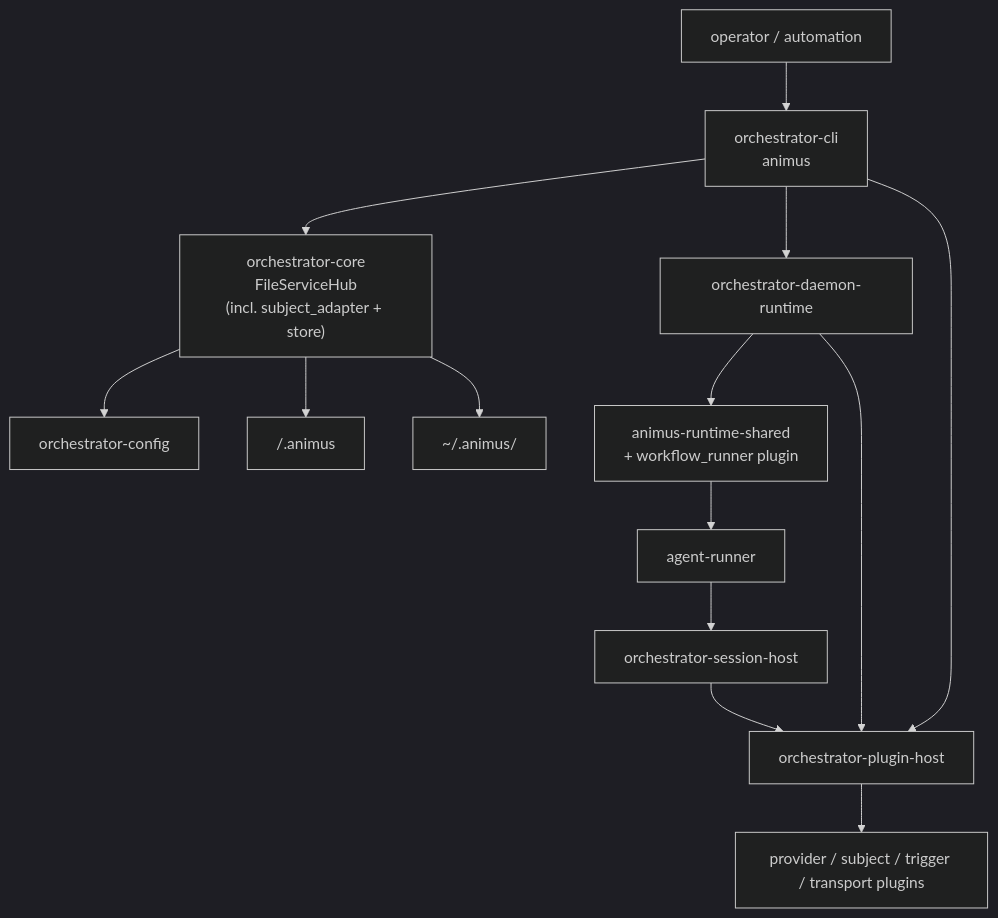
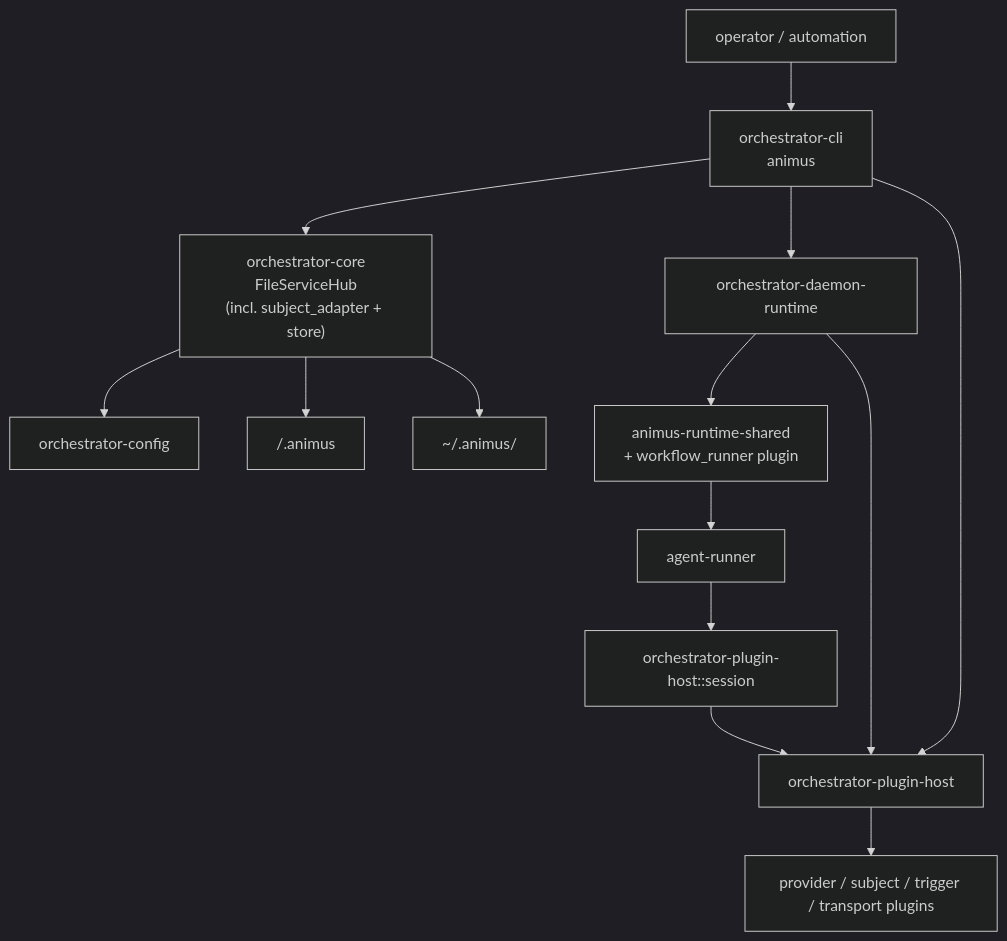
The diagram in docs/architecture/runtime-architecture.md (launchapp-dev/animus-cli), drawn with Mermaid (dark theme) before and after one commit. The commit also changed other lines of this file and 7 other files, not shown here.

Commit message:
docs: sync architecture references

````diff
--- a/docs/architecture/runtime-architecture.md
+++ b/docs/architecture/runtime-architecture.md
@@ -31,29 +31,29 @@
 ```mermaid
 flowchart TB
     OP["operator / automation"]
     CLI["orchestrator-cli<br/>animus"]
     CORE["orchestrator-core<br/>FileServiceHub<br/>(incl. subject_adapter + store)"]
     CFG["orchestrator-config"]
     DAEMON["orchestrator-daemon-runtime"]
     WFR["animus-runtime-shared<br/>+ workflow_runner plugin"]
     AR["agent-runner"]
-    SESSION["orchestrator-session-host"]
+    SESSION["orchestrator-plugin-host::session"]
     PHOST["orchestrator-plugin-host"]
     PLUGINS["provider / subject / trigger / transport plugins"]
     STATE["~/.animus/<repo-scope>"]
     LOCAL["<project>/.animus"]
 
     OP --> CLI
     CLI --> CORE
     CLI --> DAEMON
     CORE --> CFG
     CORE --> LOCAL
     CORE --> STATE
     DAEMON --> WFR
     WFR --> AR
     AR --> SESSION
     SESSION --> PHOST
     DAEMON --> PHOST
     CLI --> PHOST
     PHOST --> PLUGINS
 ```
````
